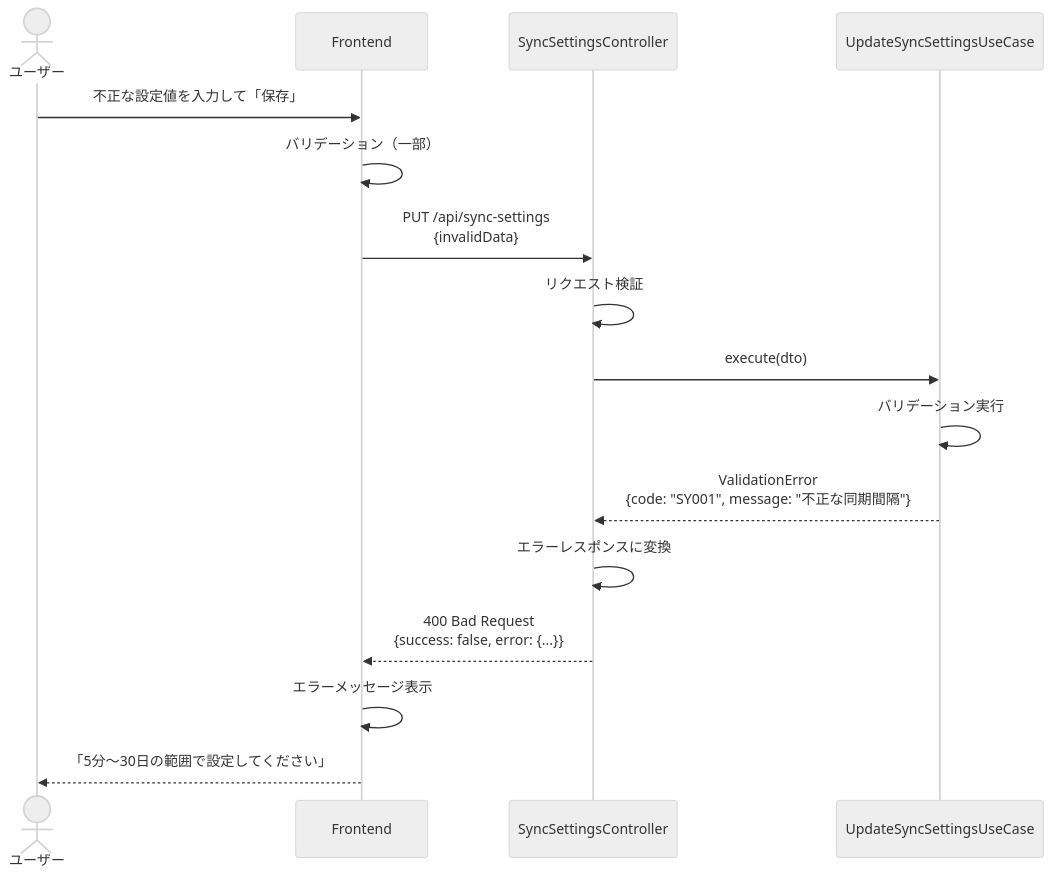
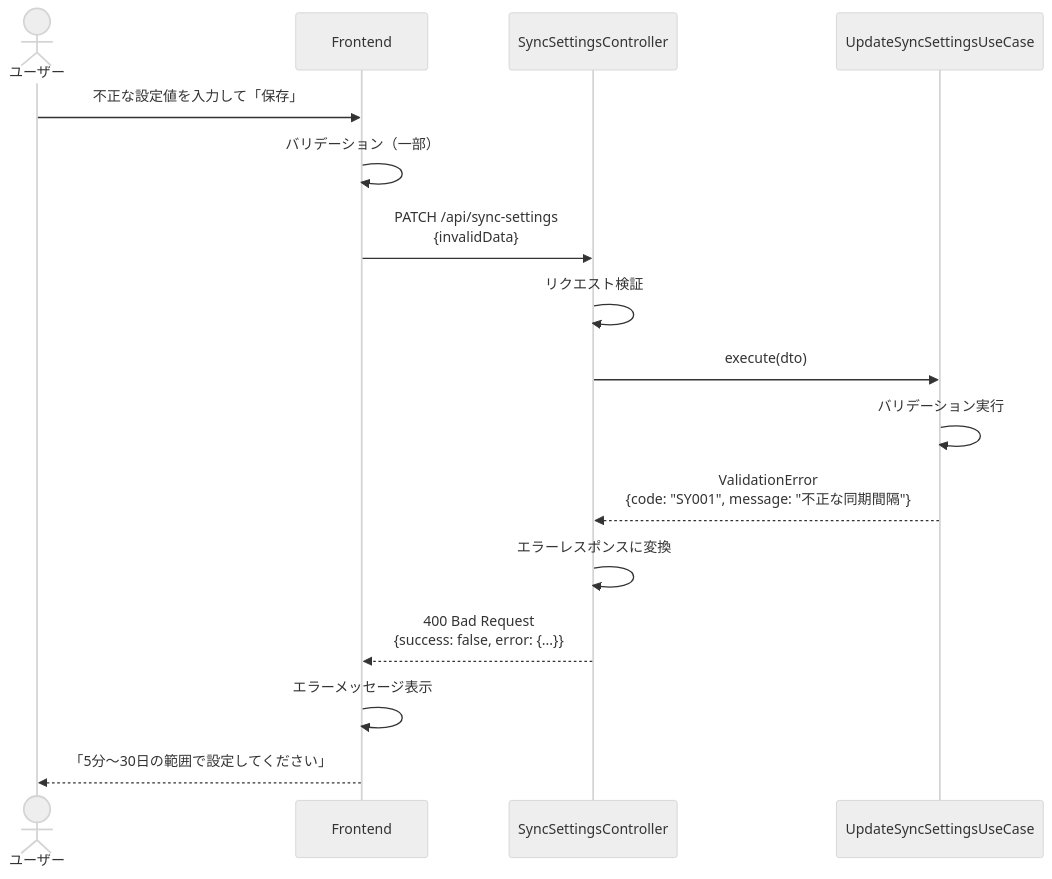
The fifth of 7 diagrams in docs/detailed-design/FR-030_sync-settings/sequence-diagrams.md (kencom2400/account-book), drawn with Mermaid (neutral theme) before and after one commit. The commit also changed other lines of this file and 1 other file, not shown here.

First line of the commit message:
fix: sequence-diagrams.mdの残りのPUTをPATCHに修正、README.mdのアーキテクチャ図を修正

````diff
--- a/docs/detailed-design/FR-030_sync-settings/sequence-diagrams.md
+++ b/docs/detailed-design/FR-030_sync-settings/sequence-diagrams.md
@@ -347,22 +347,22 @@
 ```mermaid
 sequenceDiagram
     actor User as ユーザー
     participant FE as Frontend
     participant API as SyncSettingsController
     participant UC as UpdateSyncSettingsUseCase
 
     User->>FE: 不正な設定値を入力して「保存」
     FE->>FE: バリデーション（一部）
-    FE->>API: PUT /api/sync-settings<br/>{invalidData}
+    FE->>API: PATCH /api/sync-settings<br/>{invalidData}
 
     API->>API: リクエスト検証
     API->>UC: execute(dto)
 
     UC->>UC: バリデーション実行
     UC-->>API: ValidationError<br/>{code: "SY001", message: "不正な同期間隔"}
 
     API->>API: エラーレスポンスに変換
     API-->>FE: 400 Bad Request<br/>{success: false, error: {...}}
     FE->>FE: エラーメッセージ表示
     FE-->>User: 「5分〜30日の範囲で設定してください」
 ```
````
